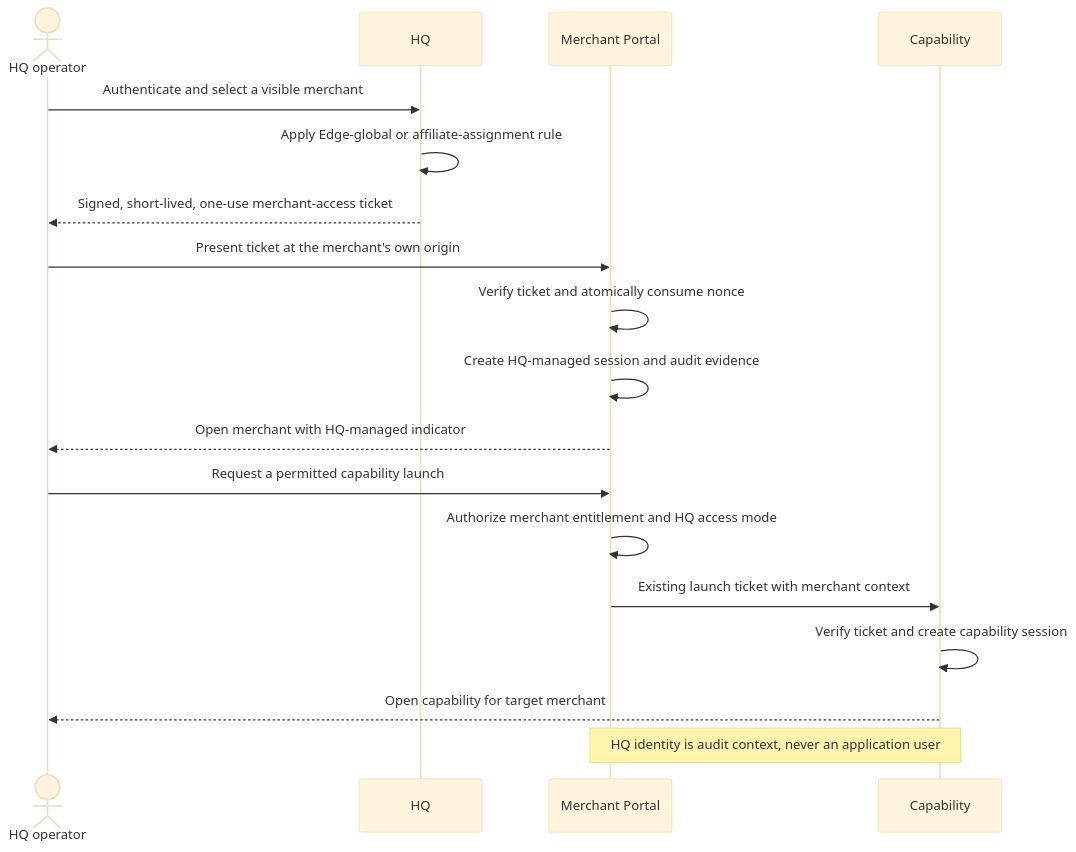
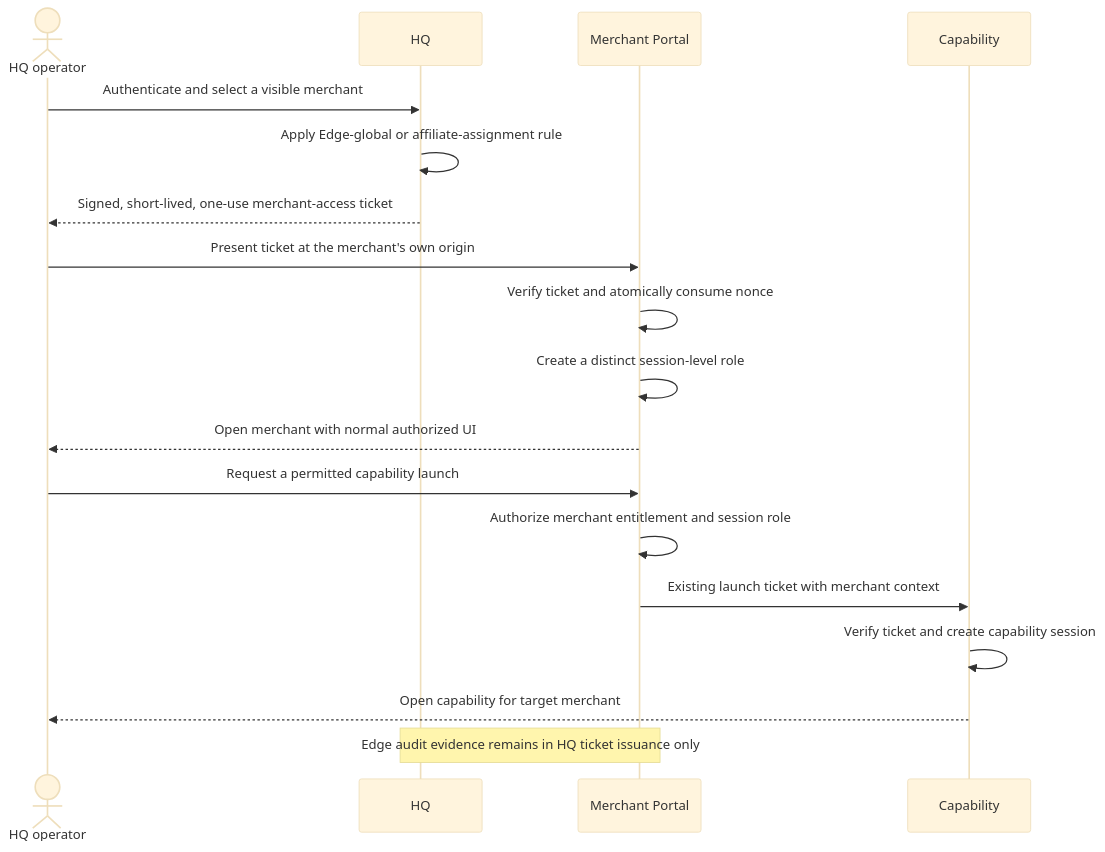
The diagram in docs/platform/hq-architecture.md (edge-plus-png/merchant1), drawn with Mermaid (base theme) before and after one commit. The commit also changed other lines of this file and 24 other files, not shown here.

Commit message:
Add Edge full-access merchant sessions

````diff
--- a/docs/platform/hq-architecture.md
+++ b/docs/platform/hq-architecture.md
@@ -52,20 +60,20 @@
 ```mermaid
 sequenceDiagram
     actor Operator as HQ operator
     participant HQ as HQ
     participant Portal as Merchant Portal
     participant Capability as Capability
     Operator->>HQ: Authenticate and select a visible merchant
     HQ->>HQ: Apply Edge-global or affiliate-assignment rule
     HQ-->>Operator: Signed, short-lived, one-use merchant-access ticket
     Operator->>Portal: Present ticket at the merchant's own origin
     Portal->>Portal: Verify ticket and atomically consume nonce
-    Portal->>Portal: Create HQ-managed session and audit evidence
-    Portal-->>Operator: Open merchant with HQ-managed indicator
+    Portal->>Portal: Create a distinct session-level role
+    Portal-->>Operator: Open merchant with normal authorized UI
     Operator->>Portal: Request a permitted capability launch
-    Portal->>Portal: Authorize merchant entitlement and HQ access mode
+    Portal->>Portal: Authorize merchant entitlement and session role
     Portal->>Capability: Existing launch ticket with merchant context
     Capability->>Capability: Verify ticket and create capability session
     Capability-->>Operator: Open capability for target merchant
-    Note over Portal,Capability: HQ identity is audit context, never an application user
+    Note over HQ,Portal: Edge audit evidence remains in HQ ticket issuance only
 ```
````
